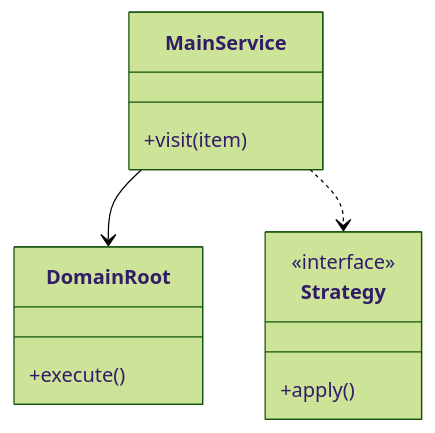
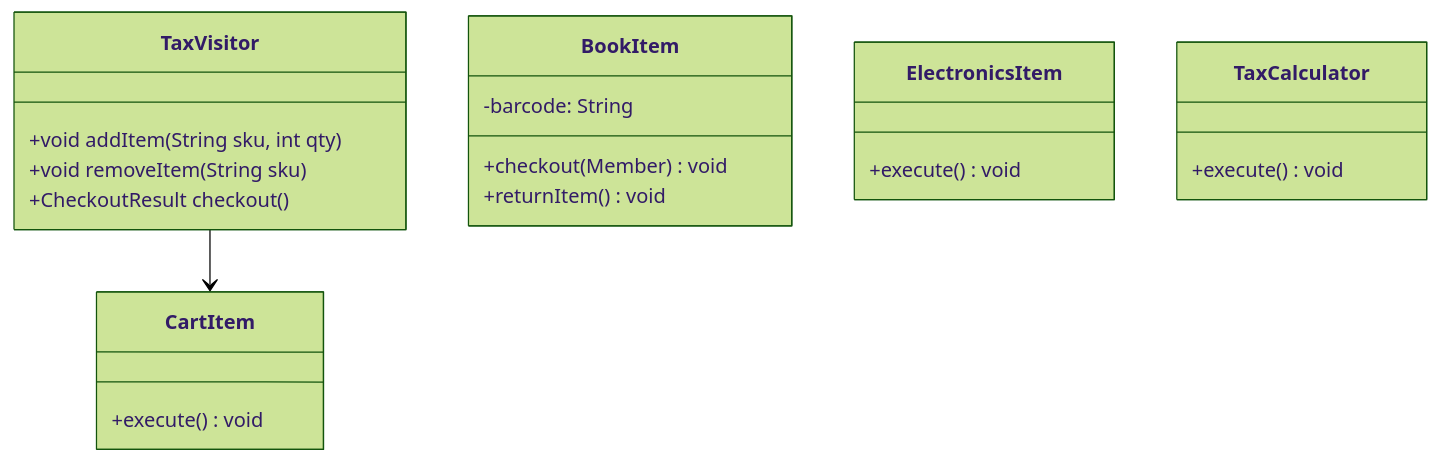
One commit to madhupaila/Interview-Prep-SSE changed the first of 3 diagrams in Learn/System Design - Low Level Design/03-design-patterns/questions/Q22-visitor-shopping-cart-tax.md. Above: the diagram before and after it, drawn with Mermaid (forest theme). The commit also changed other lines of this file and 491 other files, not shown here.

````diff
--- a/Learn/System Design - Low Level Design/03-design-patterns/questions/Q22-visitor-shopping-cart-tax.md
+++ b/Learn/System Design - Low Level Design/03-design-patterns/questions/Q22-visitor-shopping-cart-tax.md
@@ -74,15 +92,23 @@
 ```mermaid
 classDiagram
-    class MainService {
-        +visit(item)
+    class TaxVisitor {
+        +void addItem(String sku, int qty)
+        +void removeItem(String sku)
+        +CheckoutResult checkout()
     }
-    class DomainRoot {
-        +execute()
+    class CartItem {
+        +execute() void
     }
-    class Strategy {
-        <<interface>>
-        +apply()
+    class BookItem {
+        -barcode: String
+        +checkout(Member) void
+        +returnItem() void
     }
-    MainService --> DomainRoot
-    MainService ..> Strategy
+    class ElectronicsItem {
+        +execute() void
+    }
+    class TaxCalculator {
+        +execute() void
+    }
+    TaxVisitor --> CartItem
 ```
````
